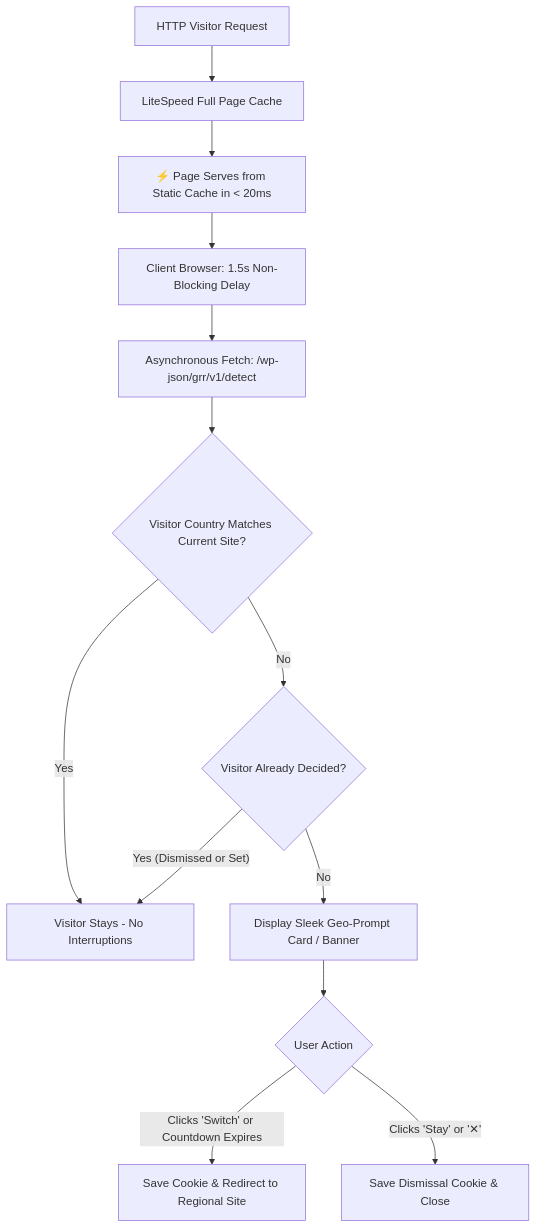
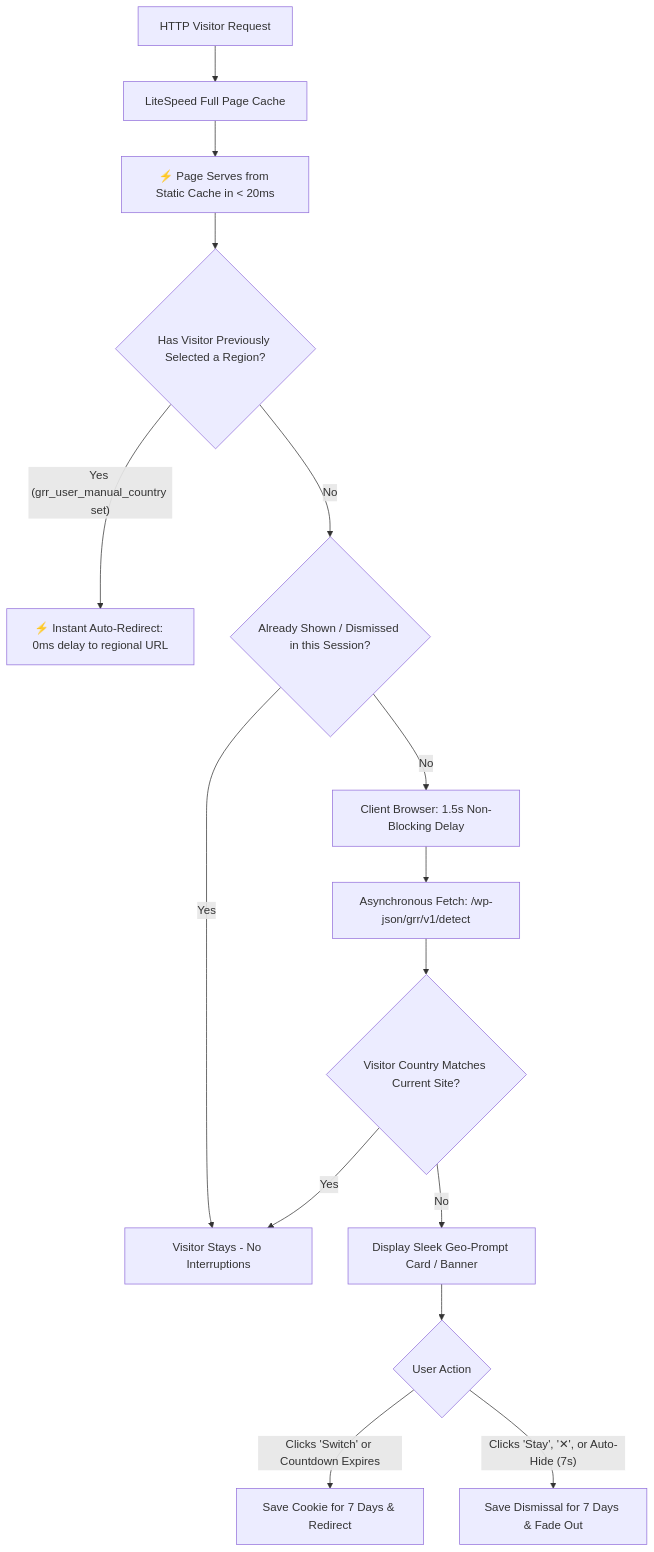
Before and after one commit to shubashbiswas/wordpress-multisite-redirect: the first of 2 diagrams in README.md, drawn with Mermaid. The commit also changed other lines of this file and 9 other files, not shown here.

Commit message:
feat: implement updated geo-routing logic with persistent session-based preferences, automated WooCommerce GeoIP discovery, and improved frontend prompt UI.

````diff
--- a/README.md
+++ b/README.md
@@ -42,15 +35,17 @@
 ```mermaid
 graph TD
     Request[HTTP Visitor Request] --> CacheCheck[LiteSpeed Full Page Cache]
     CacheCheck --> InstantRender[⚡ Page Serves from Static Cache in < 20ms]
-    InstantRender --> ClientDelay[Client Browser: 1.5s Non-Blocking Delay]
+    InstantRender --> CheckKnown{Has Visitor Previously Selected a Region?}
+    CheckKnown -- Yes (grr_user_manual_country set) --> ImmediateRedirect[⚡ Instant Auto-Redirect: 0ms delay to regional URL]
+    CheckKnown -- No --> SessionCheck{Already Shown / Dismissed in this Session?}
+    SessionCheck -- Yes --> Complete[Visitor Stays - No Interruptions]
+    SessionCheck -- No --> ClientDelay[Client Browser: 1.5s Non-Blocking Delay]
     ClientDelay --> AsyncREST[Asynchronous Fetch: /wp-json/grr/v1/detect]
     AsyncREST --> CountryCheck{Visitor Country Matches Current Site?}
-    CountryCheck -- Yes --> Complete[Visitor Stays - No Interruptions]
-    CountryCheck -- No --> CheckCookies{Visitor Already Decided?}
-    CheckCookies -- Yes (Dismissed or Set) --> Complete
-    CheckCookies -- No --> ShowPrompt[Display Sleek Geo-Prompt Card / Banner]
+    CountryCheck -- Yes --> Complete
+    CountryCheck -- No --> ShowPrompt[Display Sleek Geo-Prompt Card / Banner]
     ShowPrompt --> UserChoice{User Action}
-    UserChoice -- Clicks 'Switch' or Countdown Expires --> SavePref[Save Cookie & Redirect to Regional Site]
-    UserChoice -- Clicks 'Stay' or '✕' --> SaveDismiss[Save Dismissal Cookie & Close]
+    UserChoice -- Clicks 'Switch' or Countdown Expires --> SavePref[Save Cookie for 7 Days & Redirect]
+    UserChoice -- Clicks 'Stay', '✕', or Auto-Hide (7s) --> SaveDismiss[Save Dismissal for 7 Days & Fade Out]
 ```
````
